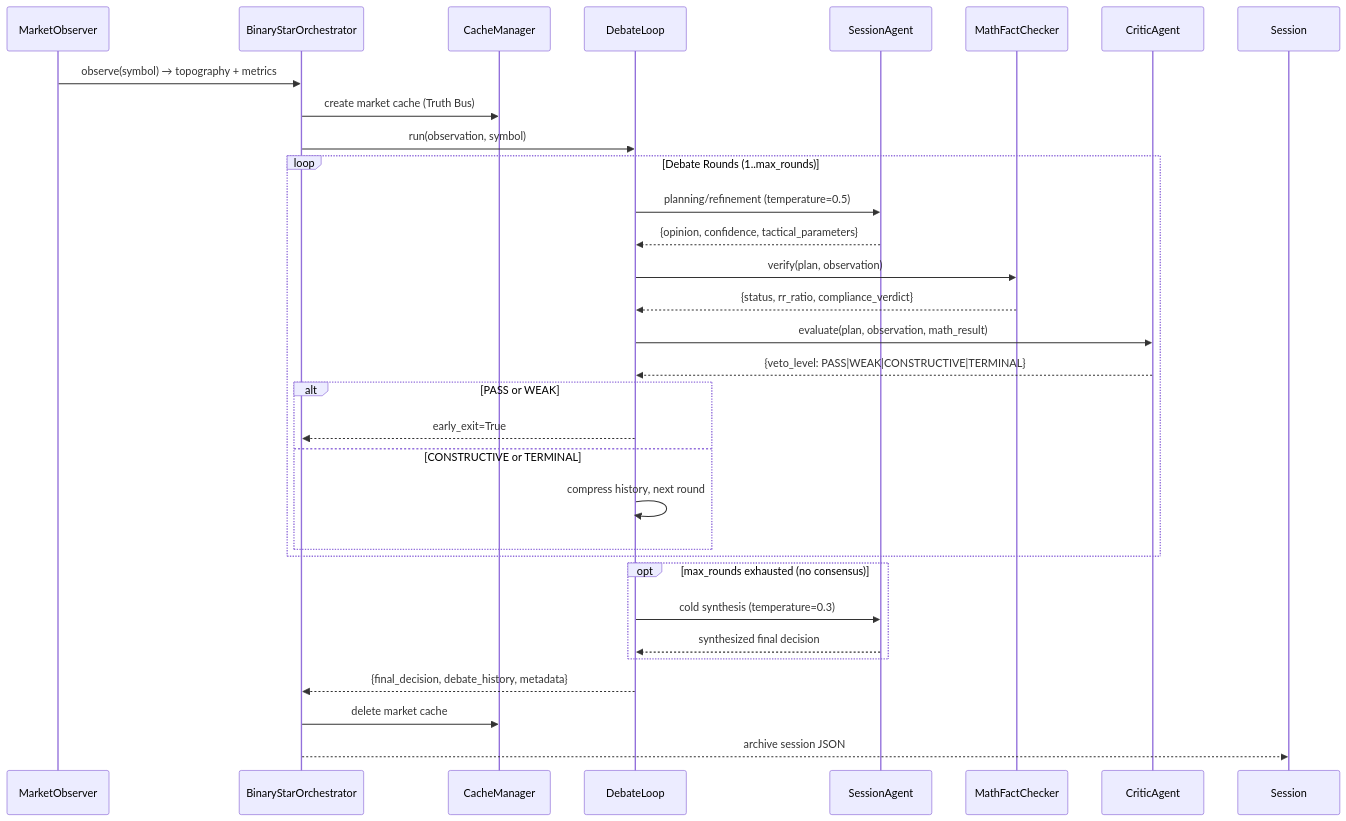
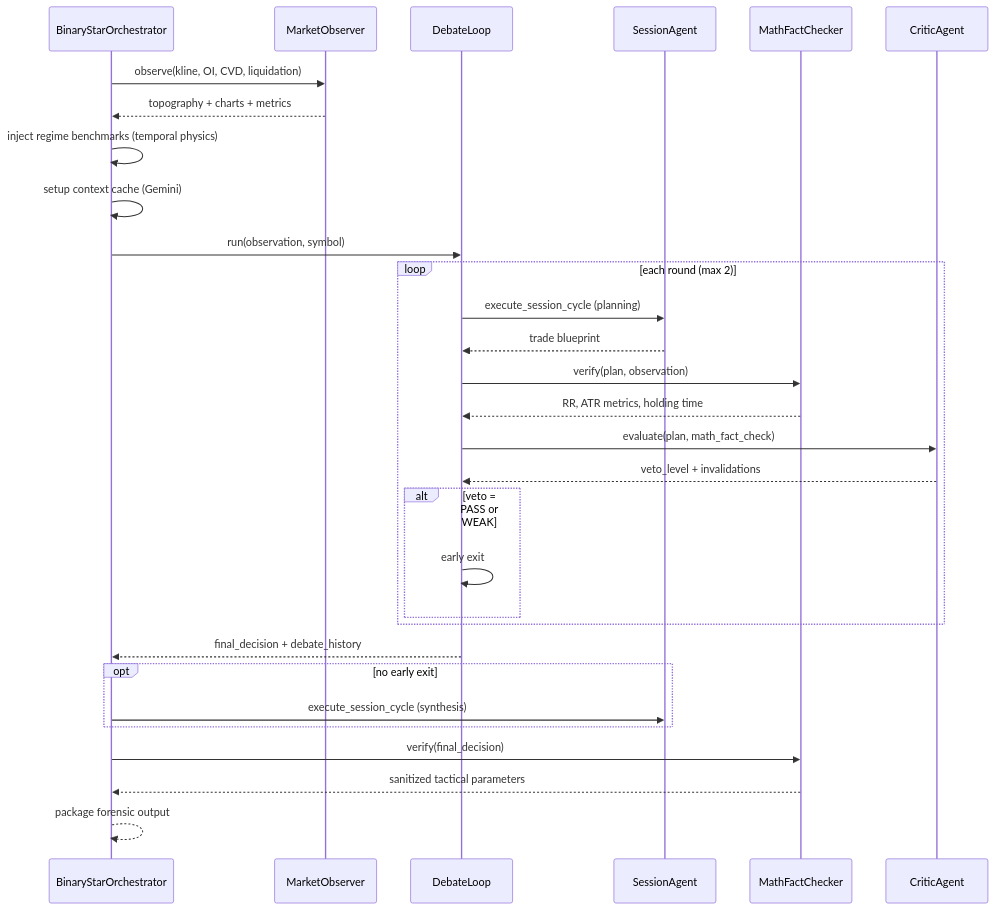
The second of 5 diagrams in README.md (jiangyang5157/binary-star), drawn with Mermaid before and after one commit. The commit also changed other lines of this file, not shown here.

````diff
--- a/README.md
+++ b/README.md
@@ -70,37 +87,35 @@
 ```mermaid
 sequenceDiagram
-    participant MO as MarketObserver
     participant BSO as BinaryStarOrchestrator
-    participant CM as CacheManager
+    participant Obs as MarketObserver
     participant DL as DebateLoop
     participant SA as SessionAgent
     participant MFC as MathFactChecker
     participant CA as CriticAgent
 
-    MO->>BSO: observe(symbol) → topography + metrics
-    BSO->>CM: create market cache (Truth Bus)
+    BSO->>Obs: observe(kline, OI, CVD, liquidation)
+    Obs-->>BSO: topography + charts + metrics
+    BSO->>BSO: inject regime benchmarks (temporal physics)
+    BSO->>BSO: setup context cache (Gemini)
     BSO->>DL: run(observation, symbol)
 
-    loop Debate Rounds (1..max_rounds)
-        DL->>SA: planning/refinement (temperature=0.5)
-        SA-->>DL: {opinion, confidence, tactical_parameters}
+    loop each round (max 2)
+        DL->>SA: execute_session_cycle (planning)
+        SA-->>DL: trade blueprint
         DL->>MFC: verify(plan, observation)
-        MFC-->>DL: {status, rr_ratio, compliance_verdict}
-        DL->>CA: evaluate(plan, observation, math_result)
-        CA-->>DL: {veto_level: PASS|WEAK|CONSTRUCTIVE|TERMINAL}
-        alt PASS or WEAK
-            DL-->>BSO: early_exit=True
-        else CONSTRUCTIVE or TERMINAL
-            DL->>DL: compress history, next round
+        MFC-->>DL: RR, ATR metrics, holding time
+        DL->>CA: evaluate(plan, math_fact_check)
+        CA-->>DL: veto_level + invalidations
+        alt veto = PASS or WEAK
+            DL->>DL: early exit
         end
     end
 
-    opt max_rounds exhausted (no consensus)
-        DL->>SA: cold synthesis (temperature=0.3)
-        SA-->>DL: synthesized final decision
+    DL-->>BSO: final_decision + debate_history
+    opt no early exit
+        BSO->>SA: execute_session_cycle (synthesis)
     end
-
-    DL-->>BSO: {final_decision, debate_history, metadata}
-    BSO->>CM: delete market cache
-    BSO-->>Session: archive session JSON
+    BSO->>MFC: verify(final_decision)
+    MFC-->>BSO: sanitized tactical parameters
+    BSO-->>BSO: package forensic output
 ```
````
